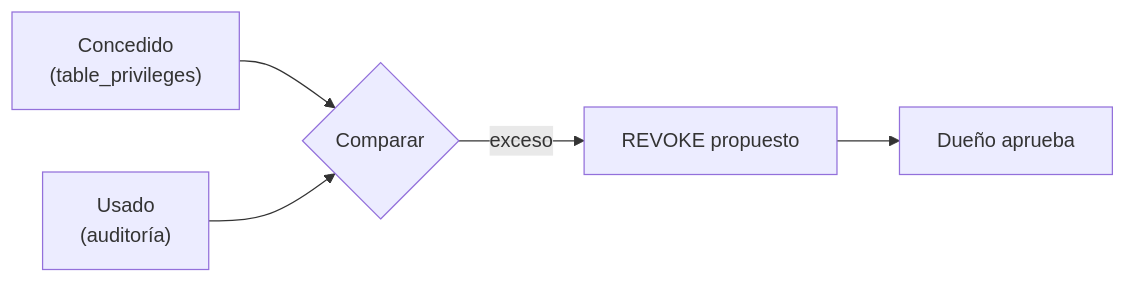
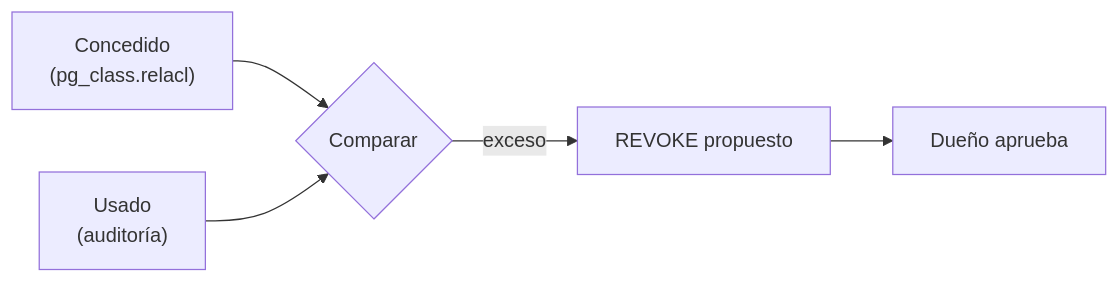
The diagram in content/concepts/least-privilege.md (fcp4891/de-knowledge-hub), drawn with Mermaid before and after one commit. The commit also changed other lines of this file and 1 other file, not shown here.

````diff
--- a/content/concepts/least-privilege.md
+++ b/content/concepts/least-privilege.md
@@ -120,7 +125,7 @@
 ```mermaid
 flowchart LR
-  G["Concedido<br/>(table_privileges)"] --> C{"Comparar"}
+  G["Concedido<br/>(pg_class.relacl)"] --> C{"Comparar"}
   U["Usado<br/>(auditoría)"] --> C
   C -- "exceso" --> R["REVOKE propuesto"]
   R --> D["Dueño aprueba"]
 ```
````
